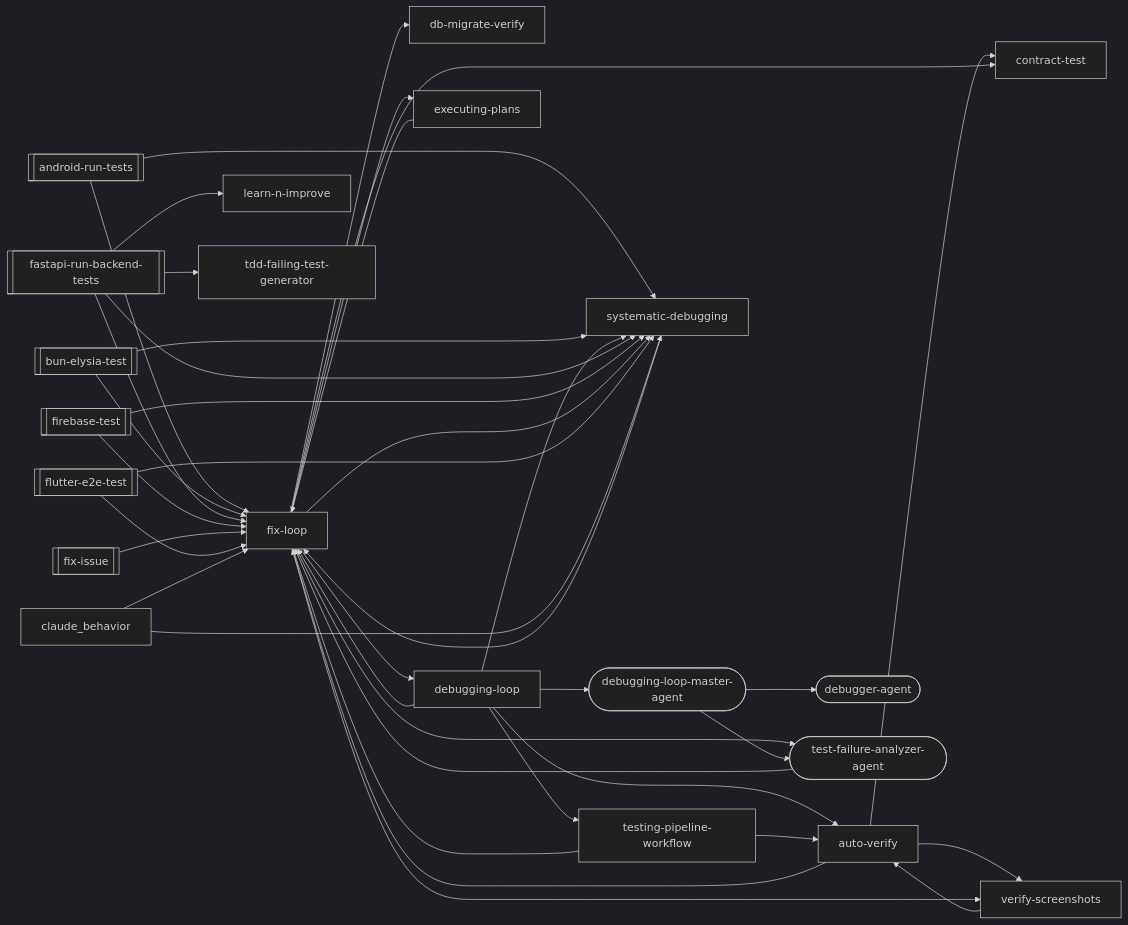
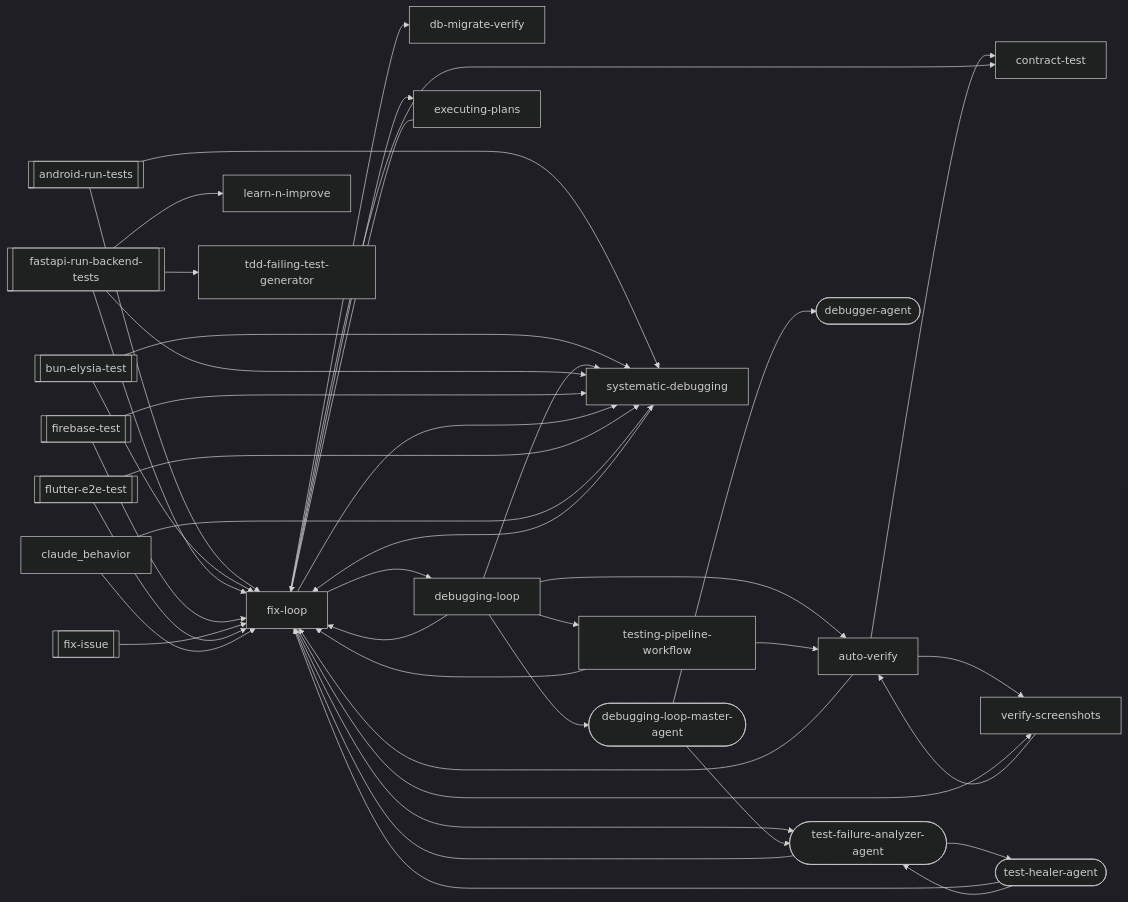
Before and after one commit to abhayla/claude-best-practices: the third of 21 diagrams in docs/workflows/debugging-loop.md, drawn with Mermaid (dark theme). The commit also changed other lines of this file and 13 other files, not shown here.

````diff
--- a/docs/workflows/debugging-loop.md
+++ b/docs/workflows/debugging-loop.md
@@ -496,61 +500,65 @@
 ```mermaid
 graph LR
     android_run_tests[["android-run-tests"]]
     bun_elysia_test[["bun-elysia-test"]]
     fastapi_run_backend_tests[["fastapi-run-backend-tests"]]
     firebase_test[["firebase-test"]]
     fix_issue[["fix-issue"]]
     flutter_e2e_test[["flutter-e2e-test"]]
     auto_verify["auto-verify"]
     contract_test["contract-test"]
     db_migrate_verify["db-migrate-verify"]
     debugger_agent(["debugger-agent"])
     debugging_loop["debugging-loop"]
     debugging_loop_master_agent(["debugging-loop-master-agent"])
     executing_plans["executing-plans"]
     fix_loop["fix-loop"]
     learn_n_improve["learn-n-improve"]
     systematic_debugging["systematic-debugging"]
     tdd_failing_test_generator["tdd-failing-test-generator"]
     test_failure_analyzer_agent(["test-failure-analyzer-agent"])
+    test_healer_agent(["test-healer-agent"])
     testing_pipeline_workflow["testing-pipeline-workflow"]
     verify_screenshots["verify-screenshots"]
     android_run_tests --> fix_loop
     android_run_tests --> systematic_debugging
     auto_verify --> contract_test
     auto_verify --> fix_loop
     auto_verify --> verify_screenshots
     bun_elysia_test --> fix_loop
     bun_elysia_test --> systematic_debugging
     debugging_loop --> auto_verify
     debugging_loop --> fix_loop
     debugging_loop --> systematic_debugging
     debugging_loop --> testing_pipeline_workflow
     debugging_loop --> debugging_loop_master_agent
     executing_plans --> fix_loop
     fastapi_run_backend_tests --> fix_loop
     fastapi_run_backend_tests --> learn_n_improve
     fastapi_run_backend_tests --> systematic_debugging
     fastapi_run_backend_tests --> tdd_failing_test_generator
     firebase_test --> fix_loop
     firebase_test --> systematic_debugging
     fix_issue --> fix_loop
     fix_loop --> contract_test
     fix_loop --> db_migrate_verify
     fix_loop --> debugging_loop
     fix_loop --> executing_plans
     fix_loop --> systematic_debugging
     fix_loop --> verify_screenshots
     fix_loop --> test_failure_analyzer_agent
     flutter_e2e_test --> fix_loop
     flutter_e2e_test --> systematic_debugging
     systematic_debugging --> fix_loop
     testing_pipeline_workflow --> auto_verify
     testing_pipeline_workflow --> fix_loop
     verify_screenshots --> auto_verify
     debugging_loop_master_agent --> debugger_agent
     debugging_loop_master_agent --> test_failure_analyzer_agent
     test_failure_analyzer_agent --> fix_loop
+    test_failure_analyzer_agent --> test_healer_agent
+    test_healer_agent --> fix_loop
+    test_healer_agent --> test_failure_analyzer_agent
     claude_behavior --> fix_loop
     claude_behavior --> systematic_debugging
 ```
````
